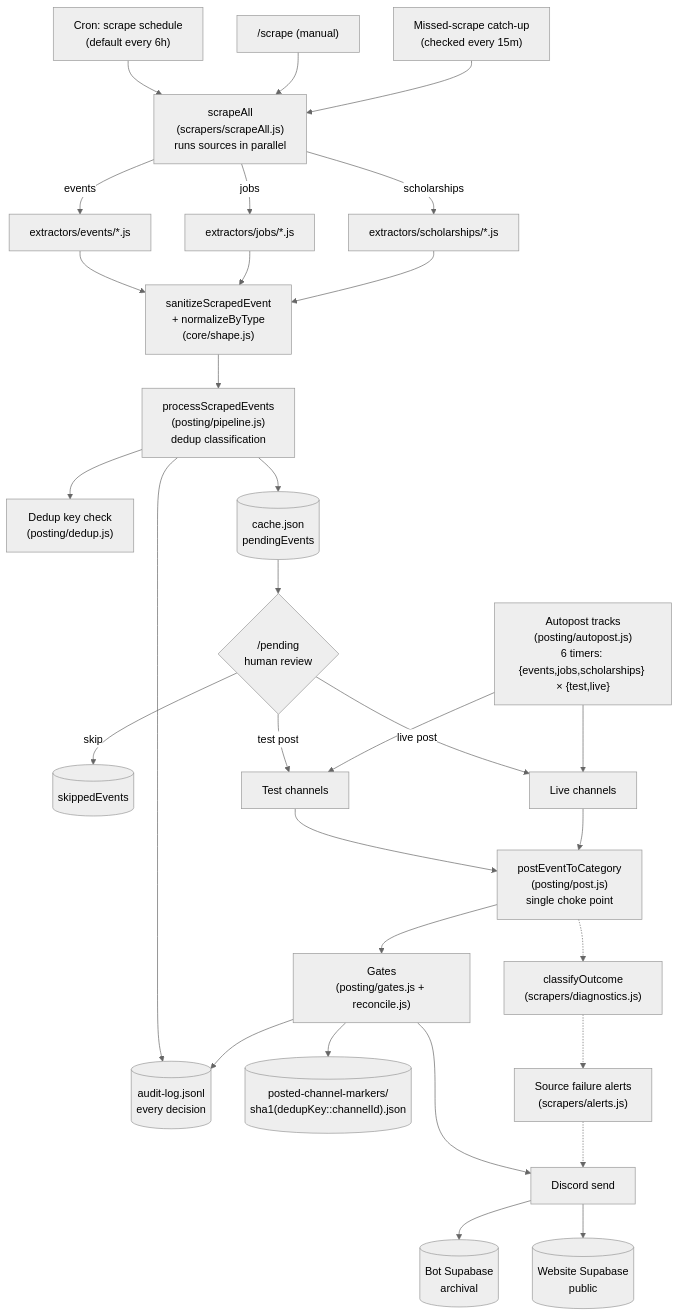
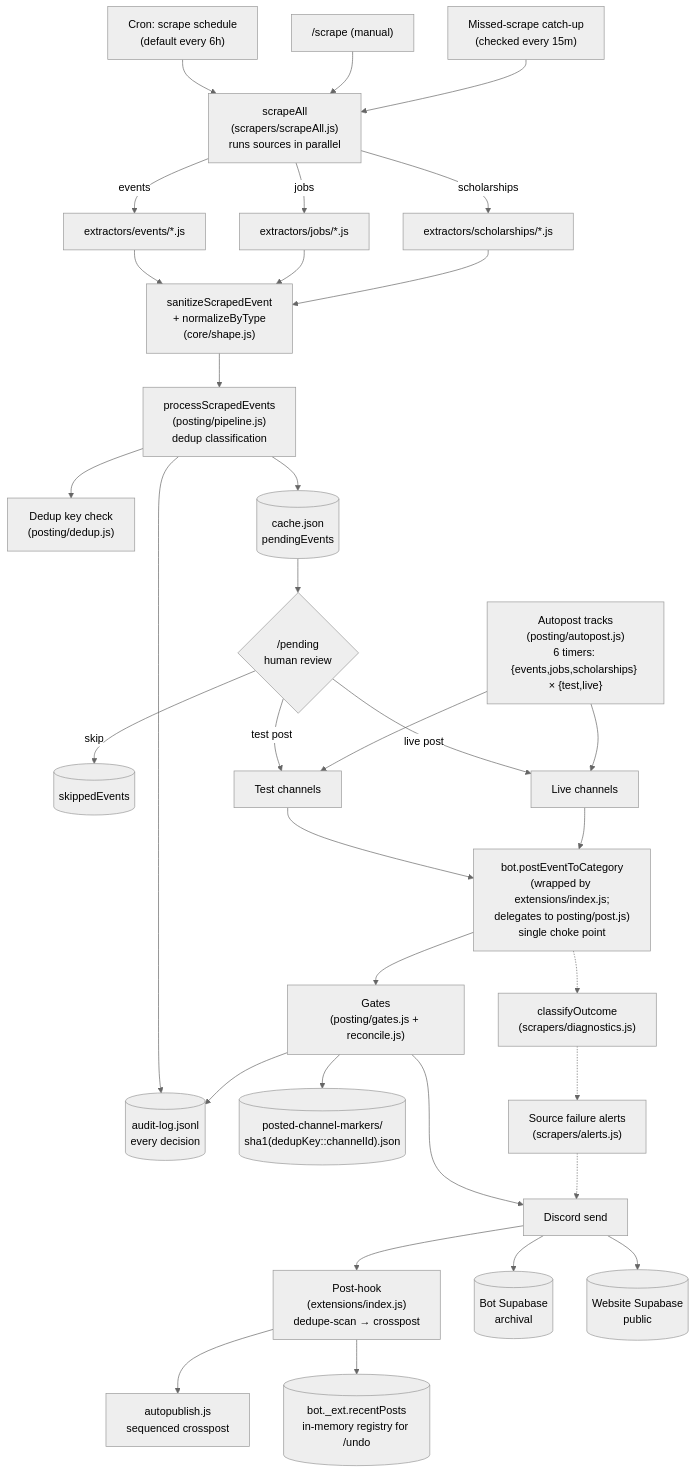
Before and after one commit to pulchowk-events/aggregator: the first of 3 diagrams in docs/architecture.md, drawn with Mermaid (neutral theme). The commit also changed other lines of this file and 4 other files, not shown here.

Commit message:
docs: post-debug sweep — user-collision behavior, /undo refusal, autopublish debugging, wrapped-post rule

````diff
--- a/docs/architecture.md
+++ b/docs/architecture.md
@@ -17,50 +17,54 @@
 ```mermaid
 flowchart TD
     Cron["Cron: scrape schedule<br/>(default every 6h)"]
     Manual["/scrape (manual)"]
     Catchup["Missed-scrape catch-up<br/>(checked every 15m)"]
 
     Cron --> ScrapeAll
     Manual --> ScrapeAll
     Catchup --> ScrapeAll
 
     ScrapeAll["scrapeAll<br/>(scrapers/scrapeAll.js)<br/>runs sources in parallel"]
 
     ScrapeAll -->|events| ExtE["extractors/events/*.js"]
     ScrapeAll -->|jobs| ExtJ["extractors/jobs/*.js"]
     ScrapeAll -->|scholarships| ExtS["extractors/scholarships/*.js"]
 
     ExtE --> Sanitize["sanitizeScrapedEvent<br/>+ normalizeByType<br/>(core/shape.js)"]
     ExtJ --> Sanitize
     ExtS --> Sanitize
 
     Sanitize --> Pipeline["processScrapedEvents<br/>(posting/pipeline.js)<br/>dedup classification"]
 
     Pipeline --> Dedup["Dedup key check<br/>(posting/dedup.js)"]
     Pipeline --> Cache[("cache.json<br/>pendingEvents")]
     Pipeline --> Audit[("audit-log.jsonl<br/>every decision")]
 
     Cache --> Review{"/pending<br/>human review"}
     Review -->|skip| Skipped[("skippedEvents")]
     Review -->|test post| TestChannel["Test channels"]
     Review -->|live post| LiveChannel["Live channels"]
 
     Autopost["Autopost tracks<br/>(posting/autopost.js)<br/>6 timers: {events,jobs,scholarships} × {test,live}"]
     Autopost --> TestChannel
     Autopost --> LiveChannel
 
-    TestChannel --> PostChoke["postEventToCategory<br/>(posting/post.js)<br/>single choke point"]
+    TestChannel --> PostChoke["bot.postEventToCategory<br/>(wrapped by extensions/index.js;<br/>delegates to posting/post.js)<br/>single choke point"]
     LiveChannel --> PostChoke
 
     PostChoke --> Gates["Gates<br/>(posting/gates.js + reconcile.js)"]
     Gates --> Markers[("posted-channel-markers/<br/>sha1(dedupKey::channelId).json")]
     Gates --> DiscordSend["Discord send"]
     Gates --> Audit
+
+    DiscordSend --> PostHook["Post-hook<br/>(extensions/index.js)<br/>dedupe-scan → crosspost"]
+    PostHook --> Autopublish["autopublish.js<br/>sequenced crosspost"]
+    PostHook --> RecentPosts[("bot._ext.recentPosts<br/>in-memory registry for /undo")]
 
     DiscordSend --> BotSB[("Bot Supabase<br/>archival")]
     DiscordSend --> WebSB[("Website Supabase<br/>public")]
 
     PostChoke -.-> Classifier["classifyOutcome<br/>(scrapers/diagnostics.js)"]
     Classifier -.-> Alerts["Source failure alerts<br/>(scrapers/alerts.js)"]
     Alerts -.-> DiscordSend
 ```
````
